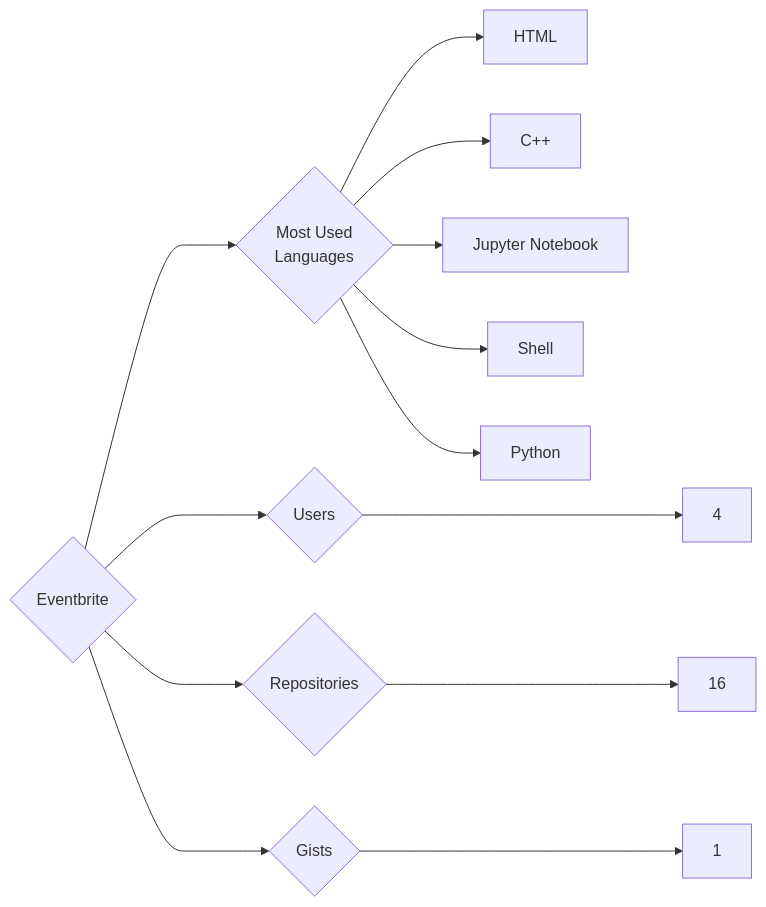
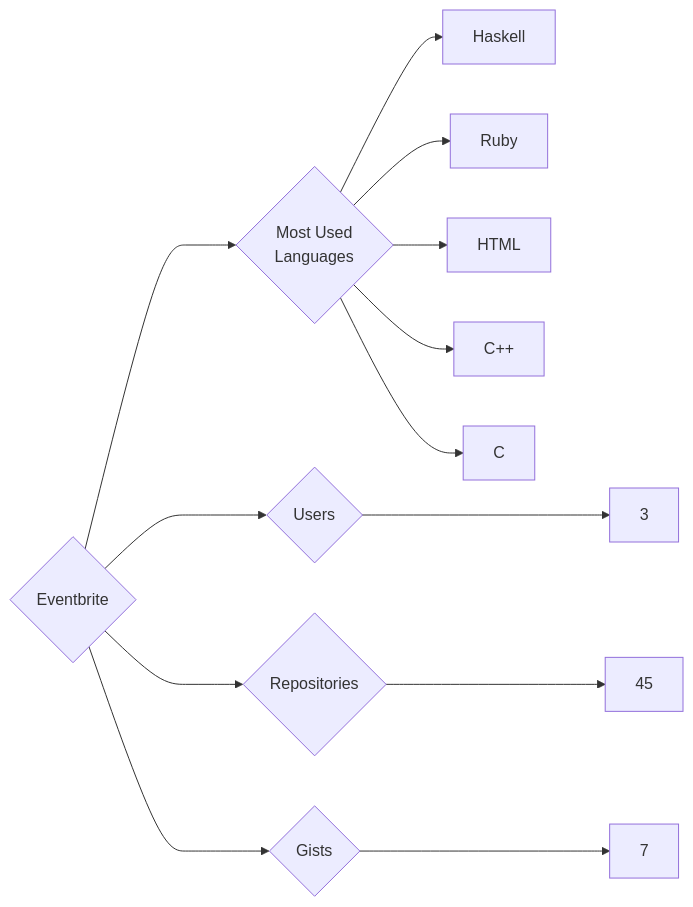
The diagram in targets/Eventbrite/README.md (trickest/insiders), drawn with Mermaid before and after one commit. The commit also changed 1123 other files, not shown here.

````diff
--- a/targets/Eventbrite/README.md
+++ b/targets/Eventbrite/README.md
@@ -3,13 +3,13 @@
 ```mermaid
 graph LR
 COMPANY_NAME{Eventbrite}
-COMPANY_NAME ---> U{Users} ---> UN[4]
-COMPANY_NAME ---> R{Repositories} ---> RN[16]
-COMPANY_NAME ---> G{Gists} ---> GN[1]
+COMPANY_NAME ---> U{Users} ---> UN[3]
+COMPANY_NAME ---> R{Repositories} ---> RN[45]
+COMPANY_NAME ---> G{Gists} ---> GN[7]
 COMPANY_NAME ---> ML{Most Used<br>Languages}
+ML --> Haskell[Haskell]
+ML --> Ruby[Ruby]
 ML --> HTML[HTML]
 ML --> C++[C++]
-ML --> Jupyter_Notebook[Jupyter Notebook]
-ML --> Shell[Shell]
-ML --> Python[Python]
+ML --> C[C]
 ```
````
